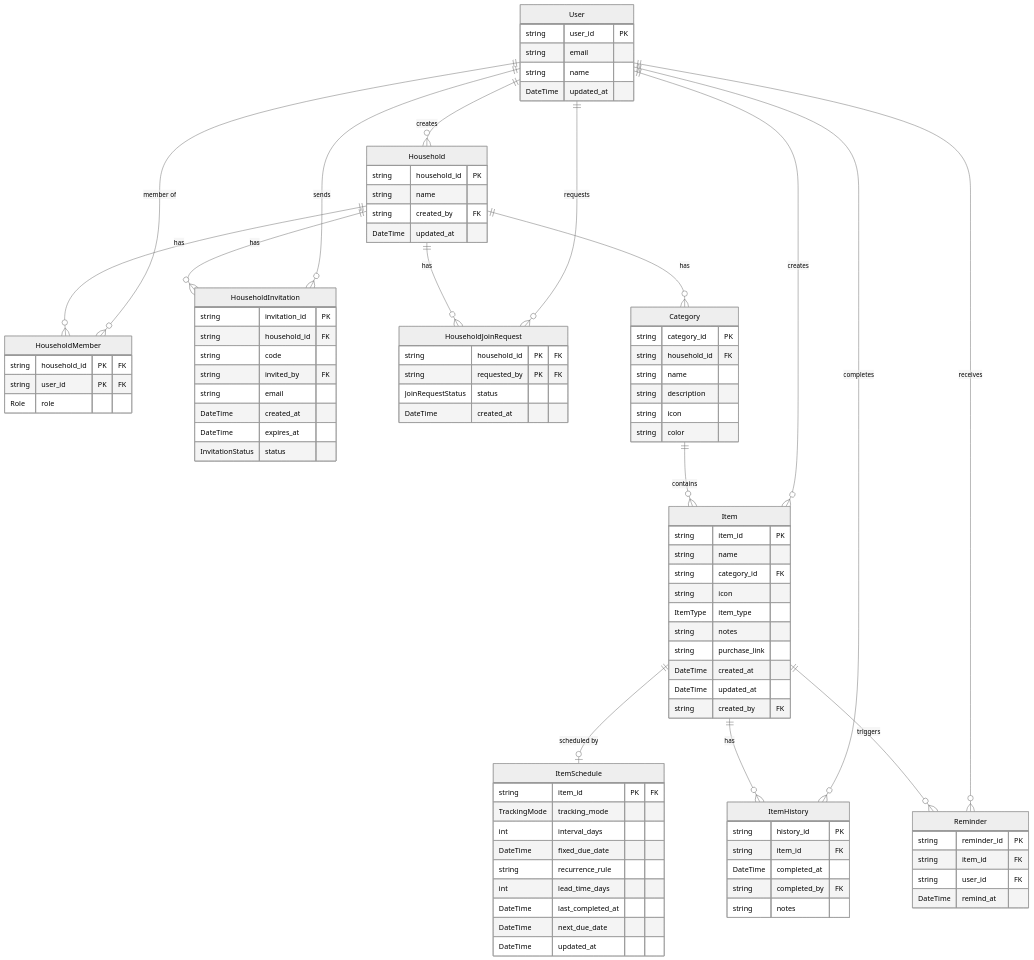
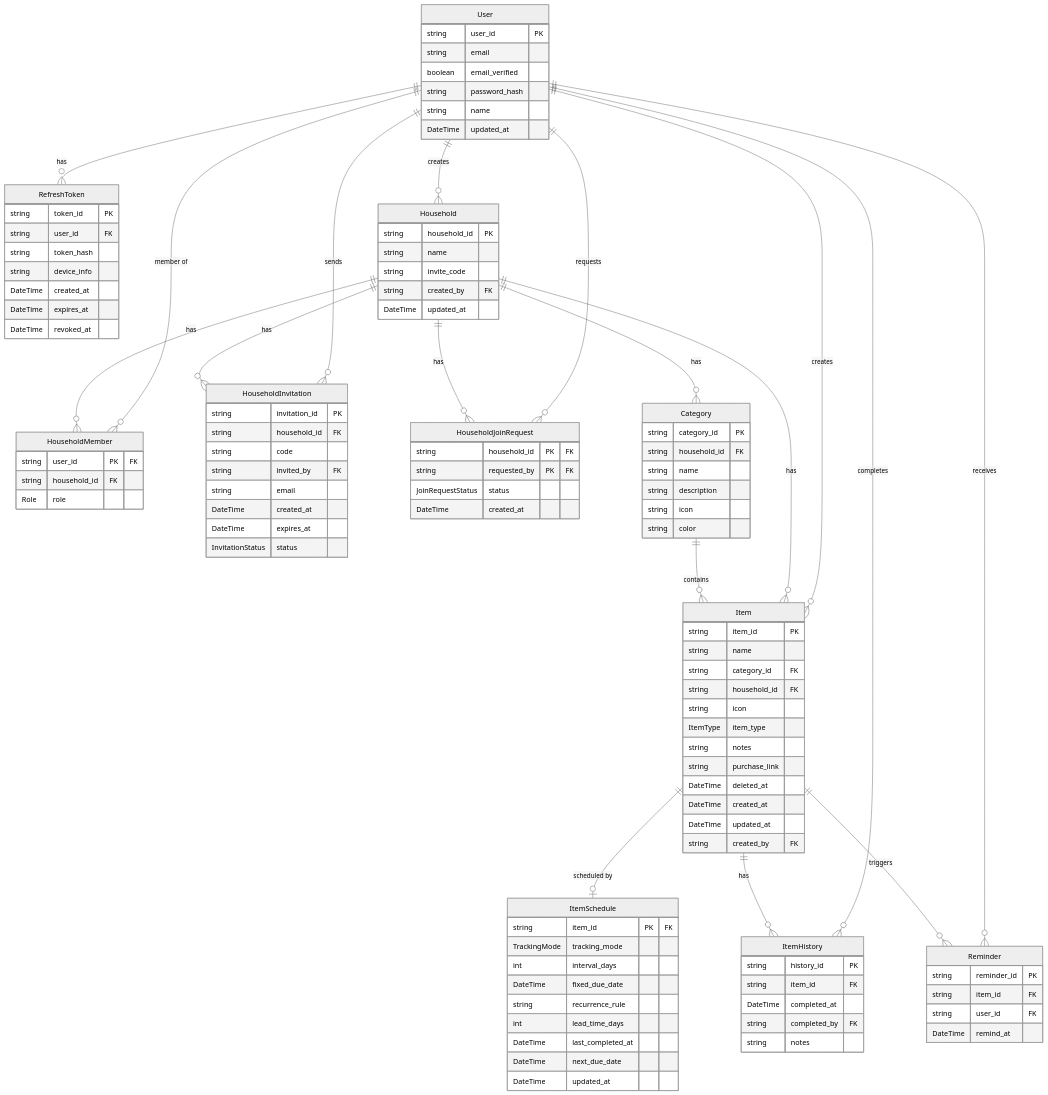
One commit to edg35/upkeep changed the diagram in backend/README.md. Above: the diagram before and after it, drawn with Mermaid (neutral theme). The commit also changed other lines of this file and 32 other files, not shown here.

```diff
--- a/backend/README.md
+++ b/backend/README.md
@@ -9,18 +9,30 @@
     User {
         string user_id PK
         string email
+        boolean email_verified
+        string password_hash
         string name
         DateTime updated_at
+    }
+    RefreshToken {
+        string token_id PK
+        string user_id FK
+        string token_hash
+        string device_info
+        DateTime created_at
+        DateTime expires_at
+        DateTime revoked_at
     }
     Household {
         string household_id PK
         string name
+        string invite_code
         string created_by FK
         DateTime updated_at
     }
     HouseholdMember {
-        string household_id PK "FK"
         string user_id PK "FK"
+        string household_id FK
         Role role
     }
     HouseholdInvitation {
@@ -51,10 +63,12 @@
         string item_id PK
         string name
         string category_id FK
+        string household_id FK
         string icon
         ItemType item_type
         string notes
         string purchase_link
+        DateTime deleted_at
         DateTime created_at
         DateTime updated_at
         string created_by FK
@@ -91,10 +105,12 @@
     User ||--o{ Item : "creates"
     User ||--o{ ItemHistory : "completes"
     User ||--o{ Reminder : "receives"
+    User ||--o{ RefreshToken : "has"
     Household ||--o{ HouseholdMember : "has"
     Household ||--o{ HouseholdInvitation : "has"
     Household ||--o{ HouseholdJoinRequest : "has"
     Household ||--o{ Category : "has"
+    Household ||--o{ Item : "has"
     Category ||--o{ Item : "contains"
     Item ||--o| ItemSchedule : "scheduled by"
     Item ||--o{ ItemHistory : "has"
```
